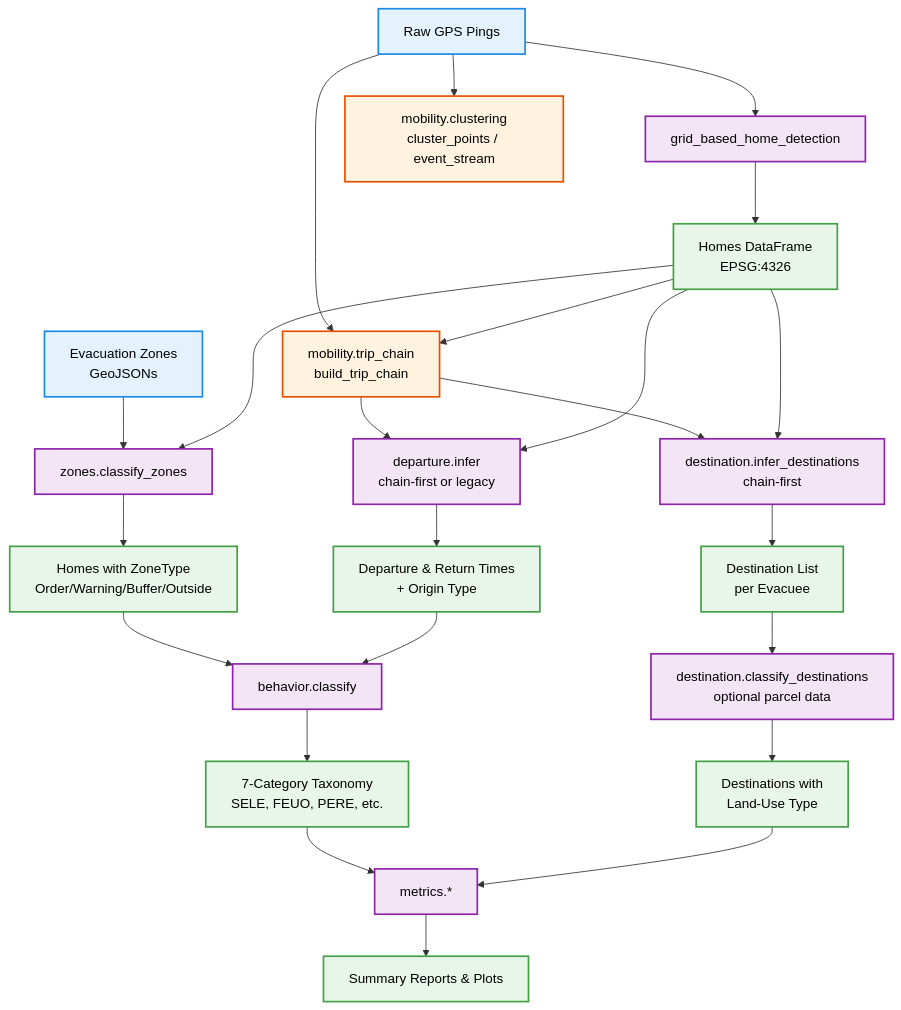
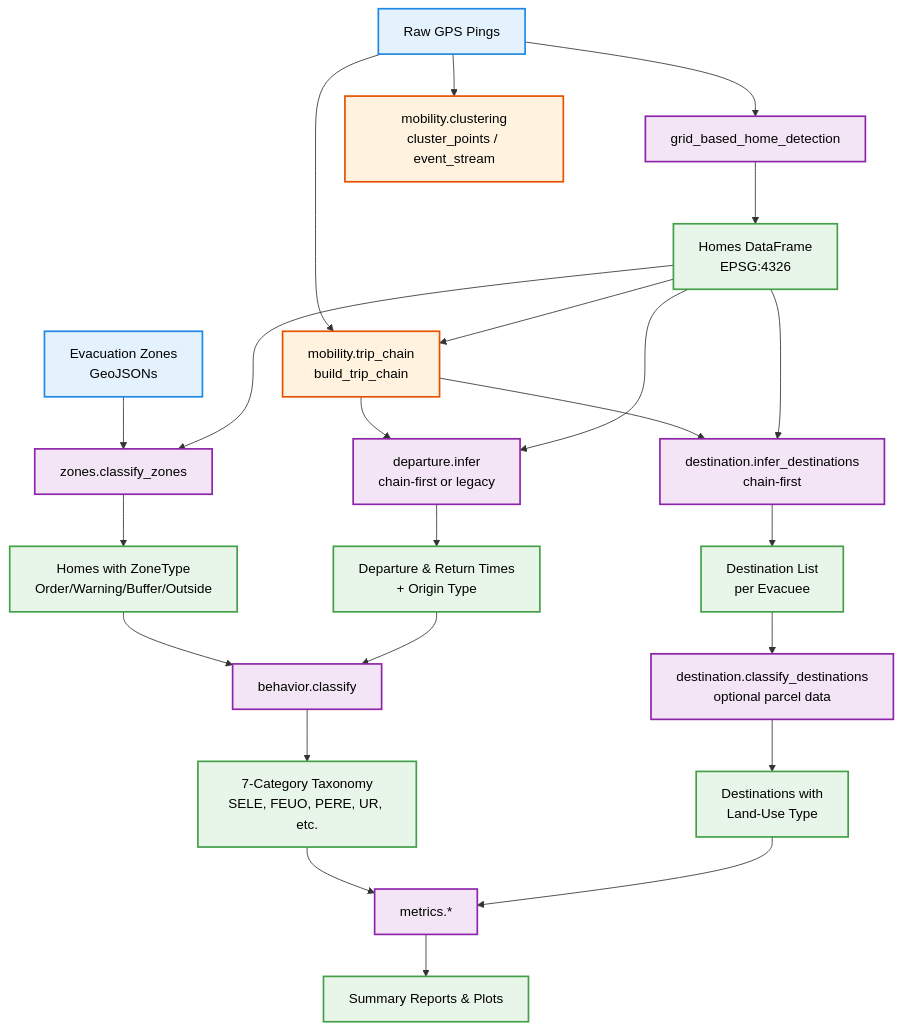
Before and after one commit to SERMOS-LAB/ember: the first of 2 diagrams in ARCHITECTURE.md, drawn with Mermaid. The commit also changed other lines of this file and 7 other files, not shown here.

````diff
--- a/ARCHITECTURE.md
+++ b/ARCHITECTURE.md
@@ -7,35 +7,35 @@
 ```mermaid
 graph TD
     classDef io fill:#e3f2fd,stroke:#1e88e5,stroke-width:2px,color:#000
     classDef compute fill:#f3e5f5,stroke:#8e24aa,stroke-width:2px,color:#000
     classDef output fill:#e8f5e9,stroke:#43a047,stroke-width:2px,color:#000
     classDef shared fill:#fff3e0,stroke:#e65100,stroke-width:2px,color:#000
     
     A[Raw GPS Pings]:::io --> B
     B[grid_based_home_detection]:::compute --> C[Homes DataFrame<br>EPSG:4326]:::output
     
     D[Evacuation Zones<br>GeoJSONs]:::io --> E
     C --> E[zones.classify_zones]:::compute
     E --> F[Homes with ZoneType<br>Order/Warning/Buffer/Outside]:::output
     
     A --> CLU[mobility.clustering<br>cluster_points / event_stream]:::shared
     A --> CHAIN[mobility.trip_chain<br>build_trip_chain]:::shared
     C --> CHAIN
     CHAIN --> G[departure.infer<br>chain-first or legacy]:::compute
     C --> G
     G --> H[Departure &amp; Return Times<br>+ Origin Type]:::output
     
     F --> I
     H --> I[behavior.classify]:::compute
-    I --> J[7-Category Taxonomy<br>SELE, FEUO, PERE, etc.]:::output
+    I --> J[7-Category Taxonomy<br>SELE, FEUO, PERE, UR, etc.]:::output
     
     CHAIN --> DES[destination.infer_destinations<br>chain-first]:::compute
     C --> DES
     DES --> DLIST[Destination List<br>per Evacuee]:::output
     DLIST --> DCLS[destination.classify_destinations<br>optional parcel data]:::compute
     DCLS --> DTYPE[Destinations with<br>Land-Use Type]:::output
     
     J --> K[metrics.*]:::compute
     DTYPE --> K
     K --> L[Summary Reports &amp; Plots]:::output
 ```
````
